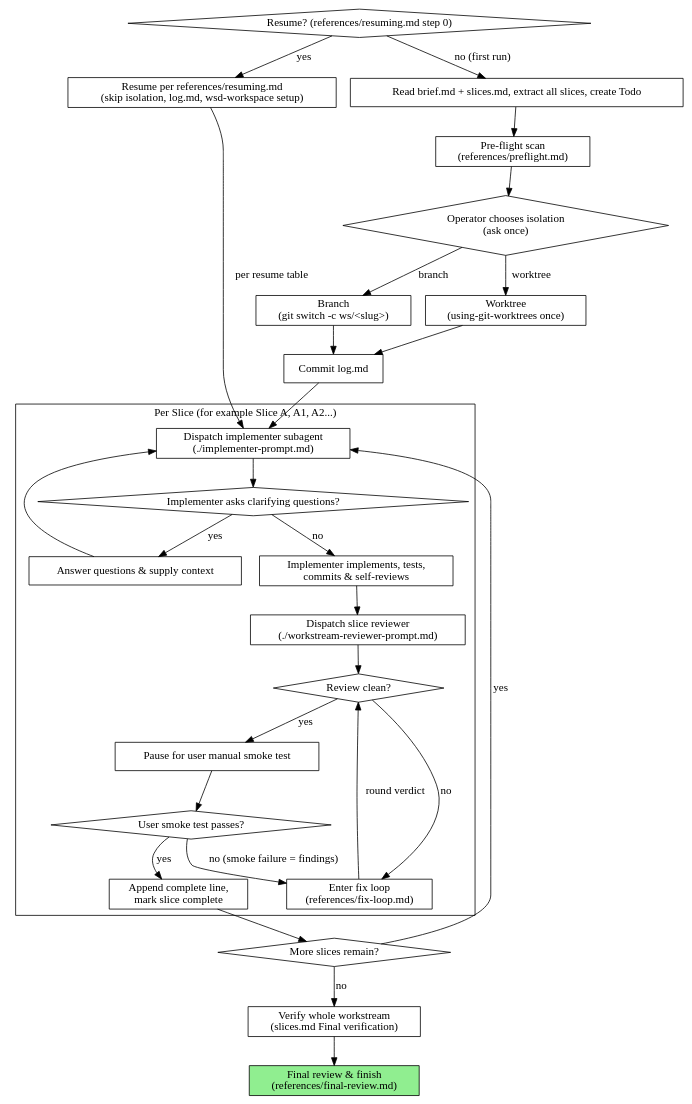
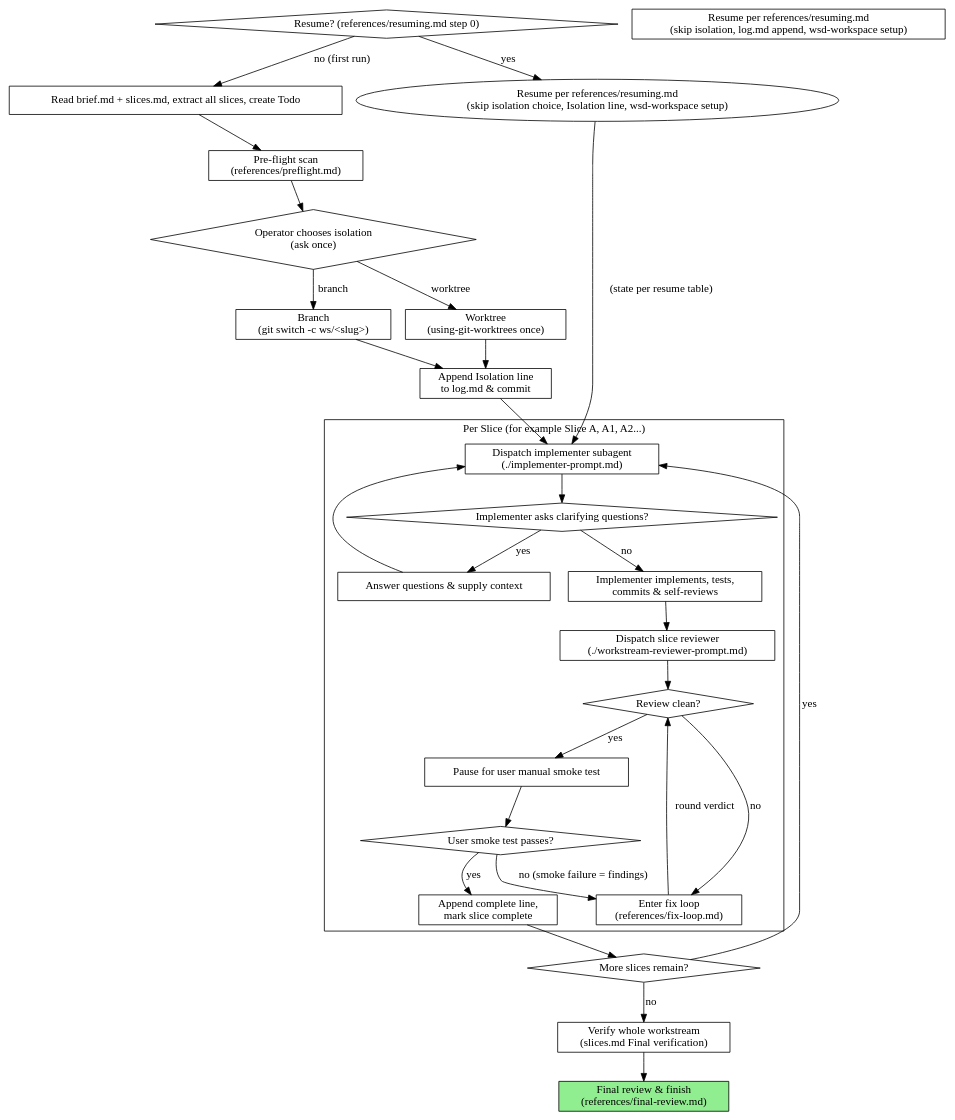
Before and after one commit to dtbndr/solopowers: the diagram in skills/workstream-driven-development/SKILL.md, drawn with Graphviz. The commit also changed other lines of this file and 17 other files, not shown here.

````diff
--- a/skills/workstream-driven-development/SKILL.md
+++ b/skills/workstream-driven-development/SKILL.md
@@ -28,58 +28,58 @@
 ```dot
 digraph workstream_execution {
     rankdir=TB;
 
     subgraph cluster_per_slice {
         label="Per Slice (for example Slice A, A1, A2...)";
         "Dispatch implementer subagent\n(./implementer-prompt.md)" [shape=box];
         "Implementer asks clarifying questions?" [shape=diamond];
         "Answer questions & supply context" [shape=box];
         "Implementer implements, tests,\ncommits & self-reviews" [shape=box];
         "Dispatch slice reviewer\n(./workstream-reviewer-prompt.md)" [shape=box];
         "Review clean?" [shape=diamond];
         "Enter fix loop\n(references/fix-loop.md)" [shape=box];
         "Pause for user manual smoke test" [shape=box];
         "User smoke test passes?" [shape=diamond];
         "Append complete line,\nmark slice complete" [shape=box];
     }
 
     "Resume? (references/resuming.md step 0)" [shape=diamond];
-    "Resume per references/resuming.md\n(skip isolation, log.md, wsd-workspace setup)" [shape=box];
+    "Resume per references/resuming.md\n(skip isolation, log.md append, wsd-workspace setup)" [shape=box];
     "Read brief.md + slices.md, extract all slices, create Todo" [shape=box];
     "Pre-flight scan\n(references/preflight.md)" [shape=box];
     "Operator chooses isolation\n(ask once)" [shape=diamond];
     "Worktree\n(using-git-worktrees once)" [shape=box];
     "Branch\n(git switch -c ws/<slug>)" [shape=box];
-    "Commit log.md" [shape=box];
+    "Append Isolation line\nto log.md & commit" [shape=box];
     "More slices remain?" [shape=diamond];
     "Verify whole workstream\n(slices.md Final verification)" [shape=box];
     "Final review & finish\n(references/final-review.md)" [shape=box style=filled fillcolor=lightgreen];
 
-    "Resume? (references/resuming.md step 0)" -> "Resume per references/resuming.md\n(skip isolation, log.md, wsd-workspace setup)" [label="yes"];
+    "Resume? (references/resuming.md step 0)" -> "Resume per references/resuming.md\n(skip isolation choice, Isolation line, wsd-workspace setup)" [label="yes"];
     "Resume? (references/resuming.md step 0)" -> "Read brief.md + slices.md, extract all slices, create Todo" [label="no (first run)"];
-    "Resume per references/resuming.md\n(skip isolation, log.md, wsd-workspace setup)" -> "Dispatch implementer subagent\n(./implementer-prompt.md)" [label="per resume table"];
+    "Resume per references/resuming.md\n(skip isolation choice, Isolation line, wsd-workspace setup)" -> "Dispatch implementer subagent\n(./implementer-prompt.md)" [label="(state per resume table)"];
     "Read brief.md + slices.md, extract all slices, create Todo" -> "Pre-flight scan\n(references/preflight.md)";
     "Pre-flight scan\n(references/preflight.md)" -> "Operator chooses isolation\n(ask once)";
     "Operator chooses isolation\n(ask once)" -> "Worktree\n(using-git-worktrees once)" [label="worktree"];
     "Operator chooses isolation\n(ask once)" -> "Branch\n(git switch -c ws/<slug>)" [label="branch"];
-    "Worktree\n(using-git-worktrees once)" -> "Commit log.md";
-    "Branch\n(git switch -c ws/<slug>)" -> "Commit log.md";
-    "Commit log.md" -> "Dispatch implementer subagent\n(./implementer-prompt.md)";
+    "Worktree\n(using-git-worktrees once)" -> "Append Isolation line\nto log.md & commit";
+    "Branch\n(git switch -c ws/<slug>)" -> "Append Isolation line\nto log.md & commit";
+    "Append Isolation line\nto log.md & commit" -> "Dispatch implementer subagent\n(./implementer-prompt.md)";
     "Dispatch implementer subagent\n(./implementer-prompt.md)" -> "Implementer asks clarifying questions?";
     "Implementer asks clarifying questions?" -> "Answer questions & supply context" [label="yes"];
     "Answer questions & supply context" -> "Dispatch implementer subagent\n(./implementer-prompt.md)";
     "Implementer asks clarifying questions?" -> "Implementer implements, tests,\ncommits & self-reviews" [label="no"];
     "Implementer implements, tests,\ncommits & self-reviews" -> "Dispatch slice reviewer\n(./workstream-reviewer-prompt.md)";
     "Dispatch slice reviewer\n(./workstream-reviewer-prompt.md)" -> "Review clean?";
     "Review clean?" -> "Enter fix loop\n(references/fix-loop.md)" [label="no"];
     "Enter fix loop\n(references/fix-loop.md)" -> "Review clean?" [label="round verdict"];
     "Review clean?" -> "Pause for user manual smoke test" [label="yes"];
     "Pause for user manual smoke test" -> "User smoke test passes?";
     "User smoke test passes?" -> "Enter fix loop\n(references/fix-loop.md)" [label="no (smoke failure = findings)"];
     "User smoke test passes?" -> "Append complete line,\nmark slice complete" [label="yes"];
     "Append complete line,\nmark slice complete" -> "More slices remain?";
     "More slices remain?" -> "Dispatch implementer subagent\n(./implementer-prompt.md)" [label="yes"];
     "More slices remain?" -> "Verify whole workstream\n(slices.md Final verification)" [label="no"];
     "Verify whole workstream\n(slices.md Final verification)" -> "Final review & finish\n(references/final-review.md)";
 }
 ```
````
